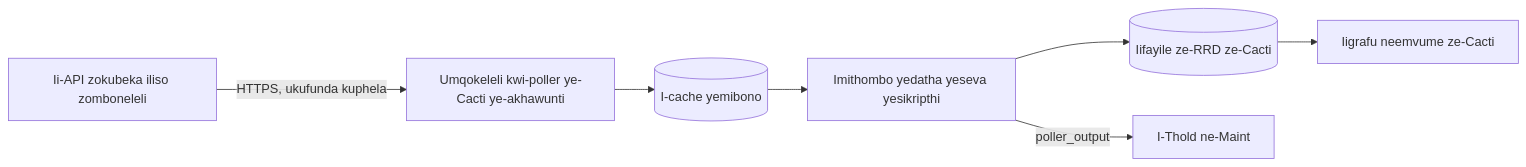
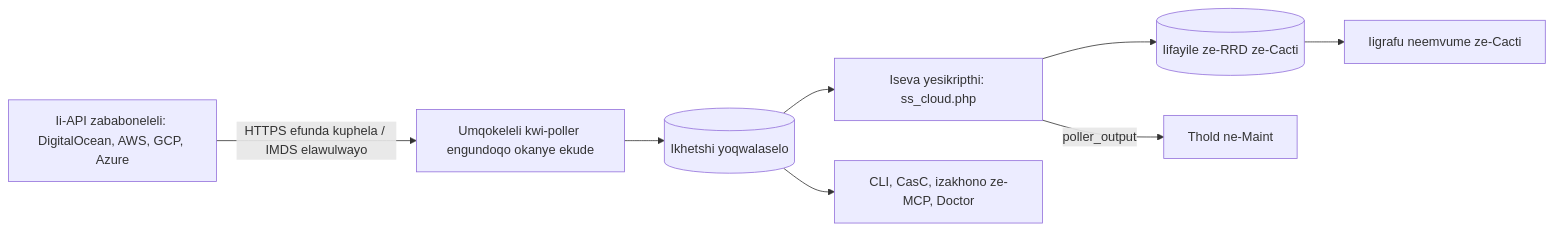
One commit to somethingwithproof/plugin_cloud changed the diagram in docs/i18n/xh-ZA/README.md. Above: the diagram before and after it, drawn with Mermaid. The commit also changed other lines of this file and 48 other files, not shown here.

First line of the commit message:
docs(readme): document AWS, GCP, Azure drivers, remote collectors, and ecosystem hooks

````diff
--- a/docs/i18n/xh-ZA/README.md
+++ b/docs/i18n/xh-ZA/README.md
@@ -110,9 +148,10 @@
 ```mermaid
 flowchart LR
-    API[Ii-API zokubeka iliso zomboneleli] -->|HTTPS, ukufunda kuphela| C[Umqokeleli kwi-poller ye-Cacti ye-akhawunti]
-    C --> O[(I-cache yemibono)]
-    O --> SS[Imithombo yedatha yeseva yesikripthi]
+    API[Ii-API zababoneleli: DigitalOcean, AWS, GCP, Azure] -->|HTTPS efunda kuphela / IMDS elawulwayo| C[Umqokeleli kwi-poller engundoqo okanye ekude]
+    C --> O[(Ikhetshi yoqwalaselo)]
+    O --> SS[Iseva yesikripthi: ss_cloud.php]
     SS --> RRD[(Iifayile ze-RRD ze-Cacti)]
-    SS -->|poller_output| T[I-Thold ne-Maint]
+    SS -->|poller_output| T[Thold ne-Maint]
     RRD --> G[Iigrafu neemvume ze-Cacti]
+    O --> ECO[CLI, CasC, izakhono ze-MCP, Doctor]
 ```
````
